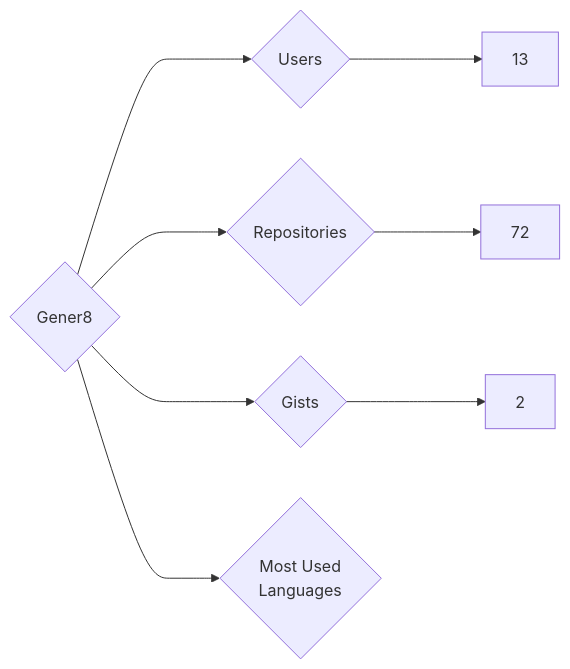
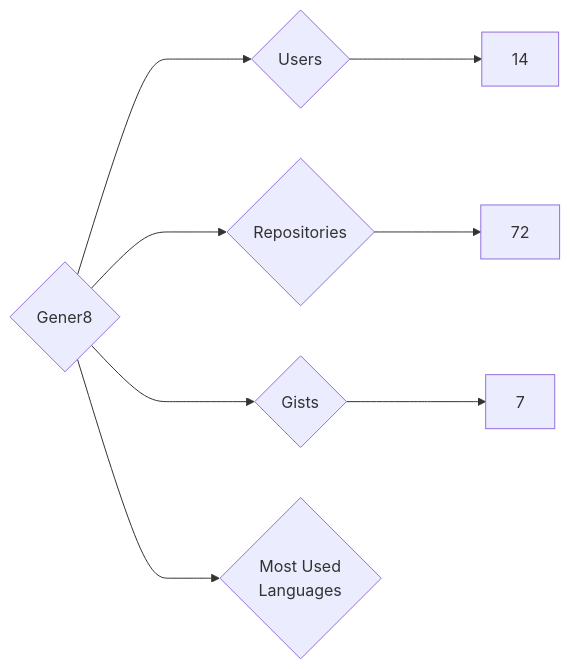
Before and after one commit to nenadzaric/insiders: the diagram in targets/Gener8/README.md, drawn with Mermaid. The commit also changed 1342 other files, not shown here.

````diff
--- a/targets/Gener8/README.md
+++ b/targets/Gener8/README.md
@@ -3,8 +3,8 @@
 ```mermaid
 graph LR
 COMPANY_NAME{Gener8}
-COMPANY_NAME ---> U{Users} ---> UN[13]
+COMPANY_NAME ---> U{Users} ---> UN[14]
 COMPANY_NAME ---> R{Repositories} ---> RN[72]
-COMPANY_NAME ---> G{Gists} ---> GN[2]
+COMPANY_NAME ---> G{Gists} ---> GN[7]
 COMPANY_NAME ---> ML{Most Used<br>Languages}
 ```
````
